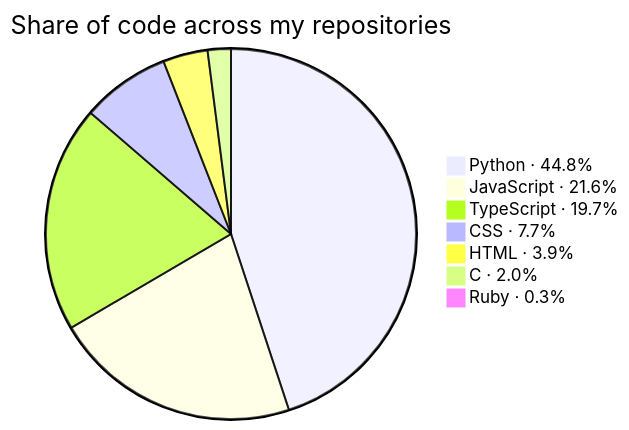
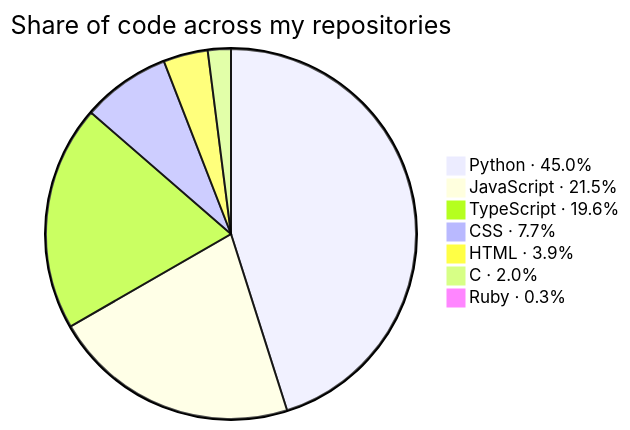
The second of 3 diagrams in README.md (KathFK1234/KathFK1234), drawn with Mermaid before and after one commit. The commit also changed other lines of this file and 5 other files, not shown here.

````diff
--- a/README.md
+++ b/README.md
@@ -109,11 +109,11 @@
 ```mermaid
 %%{init: {"themeVariables": {"pieSectionTextSize": "0px"}}}%%
 pie title Share of code across my repositories
-    "Python · 44.8%" : 1391.3
-    "JavaScript · 21.6%" : 669.4
-    "TypeScript · 19.7%" : 612.2
-    "CSS · 7.7%" : 239.6
+    "Python · 45.0%" : 1404.0
+    "JavaScript · 21.5%" : 671.9
+    "TypeScript · 19.6%" : 613.0
+    "CSS · 7.7%" : 240.6
     "HTML · 3.9%" : 120.9
     "C · 2.0%" : 62.7
     "Ruby · 0.3%" : 10.1
 ```
````
